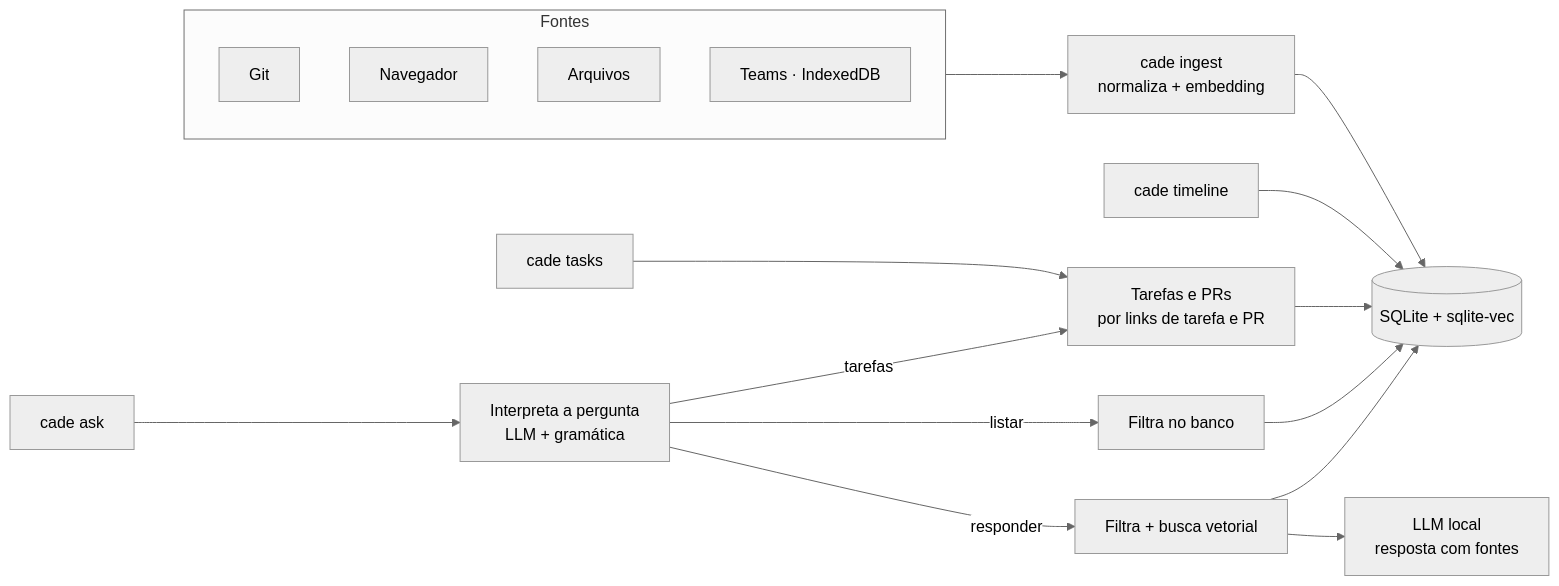
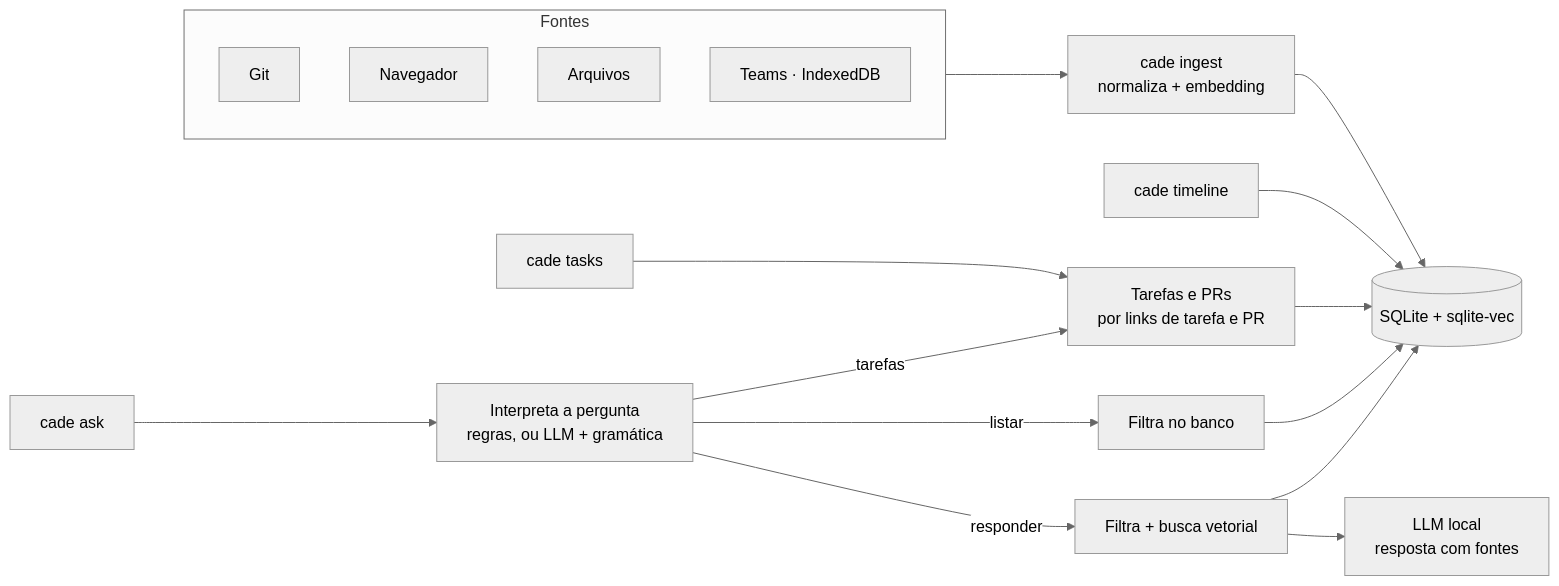
One commit to Chipskein/cade changed the diagram in README.pt-BR.md. Above: the diagram before and after it, drawn with Mermaid (neutral theme). The commit also changed other lines of this file and 35 other files, not shown here.

````diff
--- a/README.pt-BR.md
+++ b/README.pt-BR.md
@@ -30,24 +30,24 @@
 ```mermaid
 flowchart LR
     subgraph Fontes
         git[Git]
         nav[Navegador]
         arq[Arquivos]
         teams[Teams · IndexedDB]
     end
 
     Fontes --> ingest[cade ingest<br/>normaliza + embedding]
     ingest --> db[(SQLite + sqlite-vec)]
 
     timeline[cade timeline] --> db
     tasks[cade tasks] --> relatorio[Tarefas e PRs<br/>por links de tarefa e PR]
     relatorio --> db
 
-    ask[cade ask] --> plano[Interpreta a pergunta<br/>LLM + gramática]
+    ask[cade ask] --> plano[Interpreta a pergunta<br/>regras, ou LLM + gramática]
     plano -->|listar| filtro[Filtra no banco]
     plano -->|responder| busca[Filtra + busca vetorial]
     plano -->|tarefas| relatorio
     filtro --> db
     busca --> db
     busca --> llm[LLM local<br/>resposta com fontes]
 ```
````
